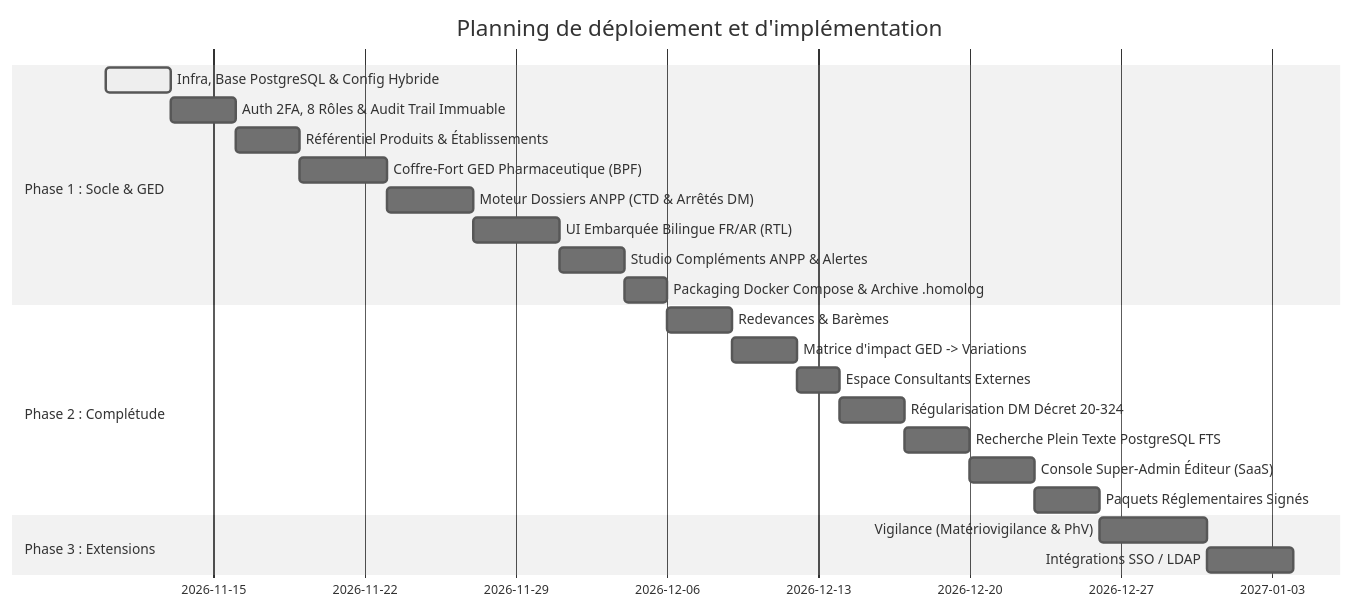
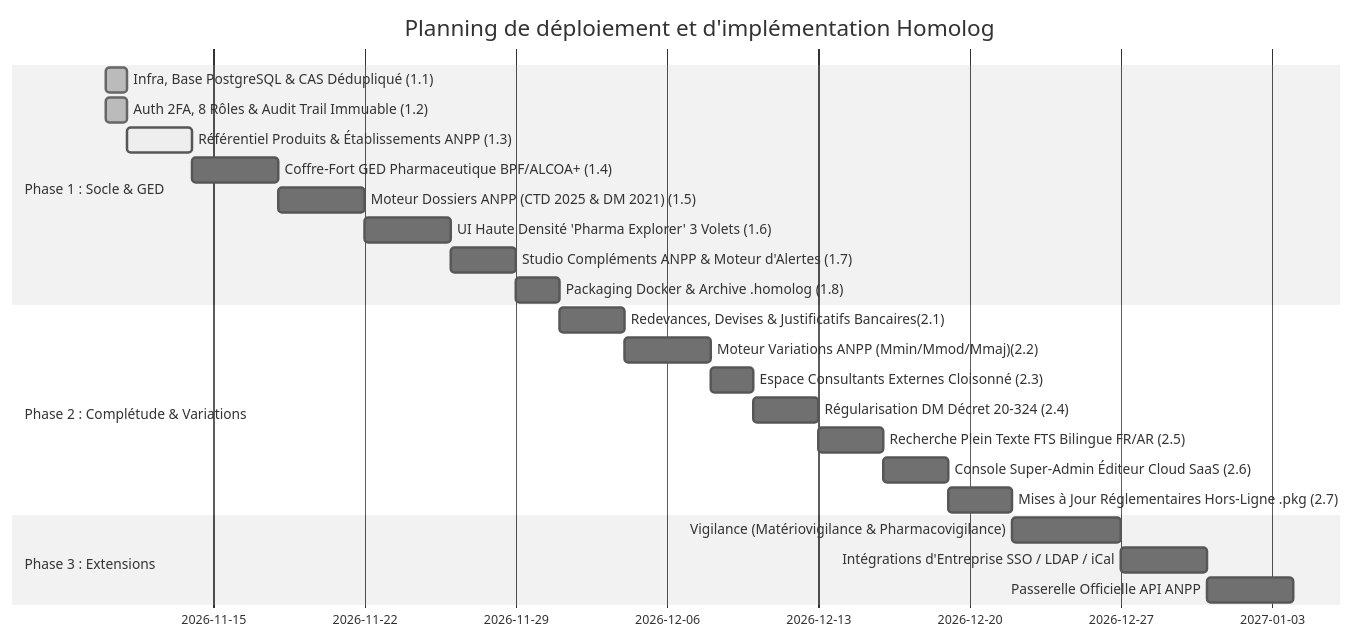
One commit to aassr1965/homolog changed the diagram in docs/roadmap.md. Above: the diagram before and after it, drawn with Mermaid (neutral theme). The commit also changed other lines of this file and 1 other file, not shown here.

Commit message:
docs: add technical specifications and project roadmap for Algerian pharma platform

````diff
--- a/docs/roadmap.md
+++ b/docs/roadmap.md
@@ -12,25 +18,26 @@
 ```mermaid
 gantt
-    title Planning de déploiement et d'implémentation
+    title Planning de déploiement et d'implémentation Homolog
     dateFormat  YYYY-MM-DD
     section Phase 1 : Socle & GED
-    Infra, Base PostgreSQL & Config Hybride   :active, p1_1, 2026-11-10, 3d
-    Auth 2FA, 8 Rôles & Audit Trail Immuable :p1_2, after p1_1, 3d
-    Référentiel Produits & Établissements     :p1_3, after p1_2, 3d
-    Coffre-Fort GED Pharmaceutique (BPF)     :p1_4, after p1_3, 4d
-    Moteur Dossiers ANPP (CTD & Arrêtés DM)   :p1_5, after p1_4, 4d
-    UI Embarquée Bilingue FR/AR (RTL)        :p1_6, after p1_5, 4d
-    Studio Compléments ANPP & Alertes        :p1_7, after p1_6, 3d
-    Packaging Docker Compose & Archive .homolog :p1_8, after p1_7, 2d
-    section Phase 2 : Complétude
-    Redevances & Barèmes                     :p2_1, after p1_8, 3d
-    Matrice d'impact GED -> Variations       :p2_2, after p2_1, 3d
-    Espace Consultants Externes              :p2_3, after p2_2, 2d
-    Régularisation DM Décret 20-324          :p2_4, after p2_3, 3d
-    Recherche Plein Texte PostgreSQL FTS     :p2_5, after p2_4, 3d
-    Console Super-Admin Éditeur (SaaS)       :p2_6, after p2_5, 3d
-    Paquets Réglementaires Signés            :p2_7, after p2_6, 3d
+    Infra, Base PostgreSQL & CAS Dédupliqué (1.1)    :done, p1_1, 2026-11-10, 1d
+    Auth 2FA, 8 Rôles & Audit Trail Immuable (1.2)   :done, p1_2, 2026-11-10, 1d
+    Référentiel Produits & Établissements ANPP (1.3) :active, p1_3, 2026-11-11, 3d
+    Coffre-Fort GED Pharmaceutique BPF/ALCOA+ (1.4)  :p1_4, after p1_3, 4d
+    Moteur Dossiers ANPP (CTD 2025 & DM 2021) (1.5)  :p1_5, after p1_4, 4d
+    UI Haute Densité 'Pharma Explorer' 3 Volets (1.6):p1_6, after p1_5, 4d
+    Studio Compléments ANPP & Moteur d'Alertes (1.7) :p1_7, after p1_6, 3d
+    Packaging Docker & Archive .homolog (1.8)        :p1_8, after p1_7, 2d
+    section Phase 2 : Complétude & Variations
+    Redevances, Devises & Justificatifs Bancaires(2.1):p2_1, after p1_8, 3d
+    Moteur Variations ANPP (Mmin/Mmod/Mmaj)(2.2)     :p2_2, after p2_1, 4d
+    Espace Consultants Externes Cloisonné (2.3)      :p2_3, after p2_2, 2d
+    Régularisation DM Décret 20-324 (2.4)            :p2_4, after p2_3, 3d
+    Recherche Plein Texte FTS Bilingue FR/AR (2.5)   :p2_5, after p2_4, 3d
+    Console Super-Admin Éditeur Cloud SaaS (2.6)     :p2_6, after p2_5, 3d
+    Mises à Jour Réglementaires Hors-Ligne .pkg (2.7):p2_7, after p2_6, 3d
     section Phase 3 : Extensions
-    Vigilance (Matériovigilance & PhV)       :p3_1, after p2_7, 5d
-    Intégrations SSO / LDAP                  :p3_2, after p3_1, 4d
+    Vigilance (Matériovigilance & Pharmacovigilance) :p3_1, after p2_7, 5d
+    Intégrations d'Entreprise SSO / LDAP / iCal      :p3_2, after p3_1, 4d
+    Passerelle Officielle API ANPP                   :p3_3, after p3_2, 4d
 ```
````
